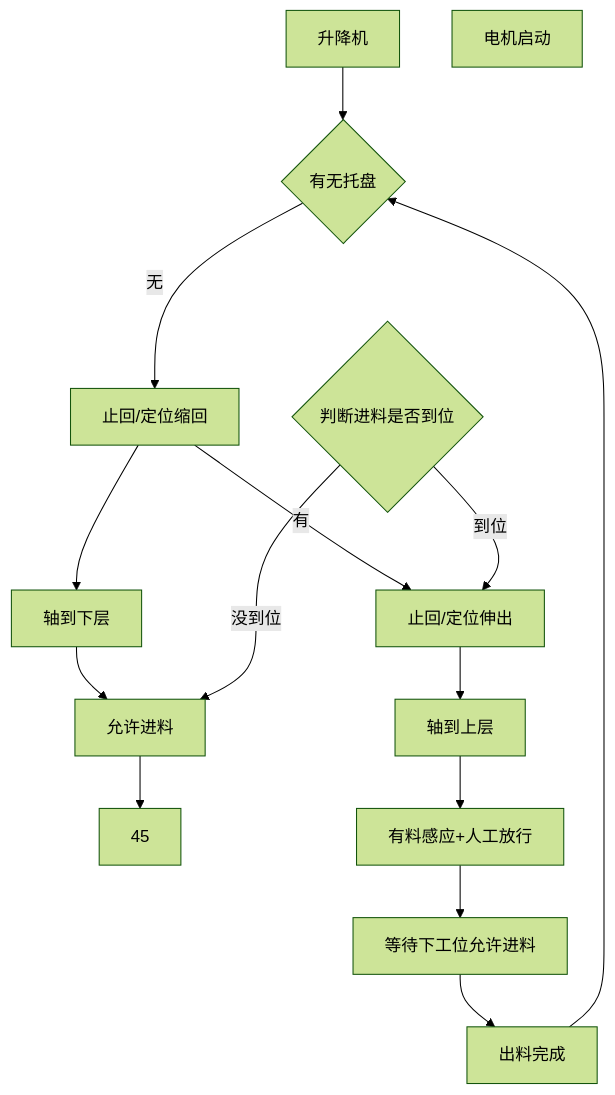
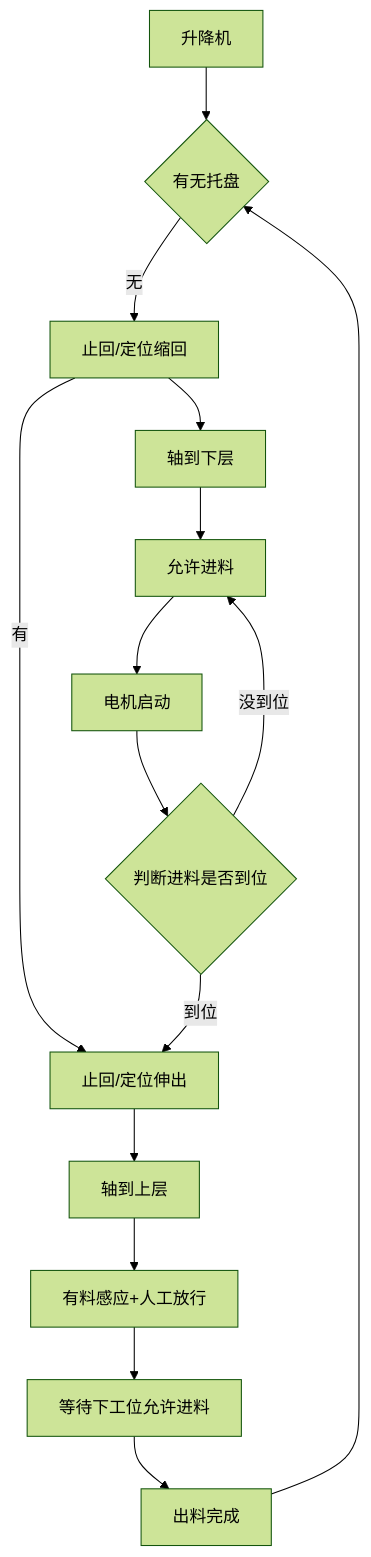
The diagram in all/升降台.md (PengKun1/iodraw-files), drawn with Mermaid (forest theme) before and after one commit.

Commit message:
2024-12-23 11:32:26 update

````diff
--- a/all/升降台.md
+++ b/all/升降台.md
@@ -1,17 +1,17 @@
 ```mermaid
 graph TD
 0[升降机]-->10
 10{有无托盘}-->|无|20
 20-->|有|60
 20[止回/定位缩回]-->30
 30[轴到下层]-->40
 40[允许进料]-->45
-55[电机启动]
+45[电机启动]-->50
 50{判断进料是否到位}-->|到位|60
 50-->|没到位|40
 60[止回/定位伸出]-->70
 70[轴到上层]-->80
 80[有料感应+人工放行]-->90
 90[等待下工位允许进料]-->100
 100[出料完成]-->10
 ```
````
